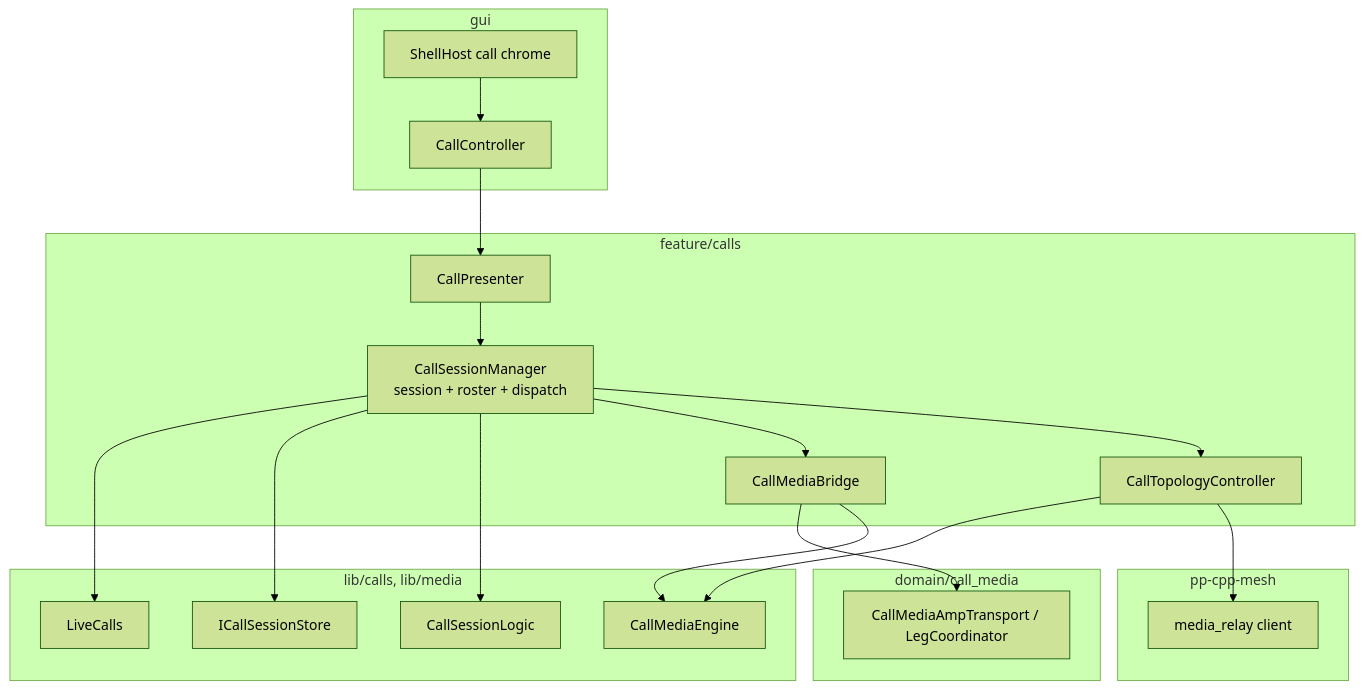
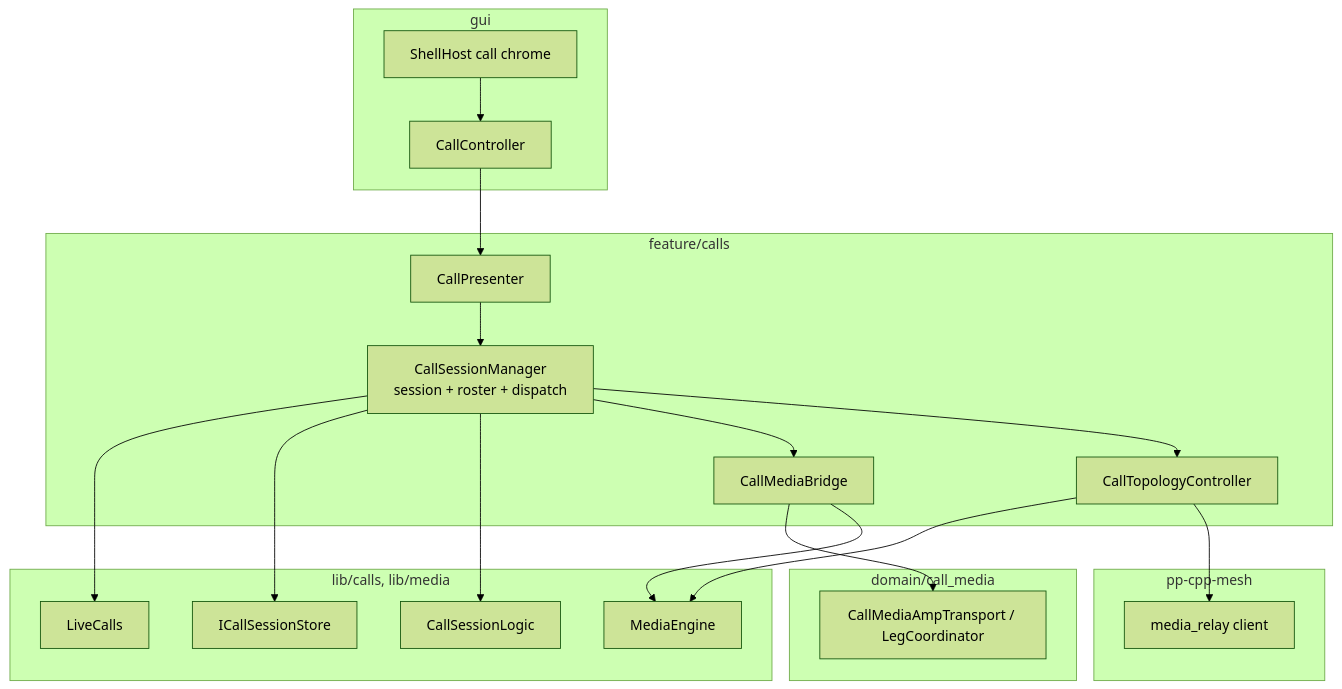
Before and after one commit to people-post/pp-browser: the second of 4 diagrams in docs/architecture/CALLS.md, drawn with Mermaid (forest theme). The commit also changed other lines of this file and 229 other files, not shown here.

````diff
--- a/docs/architecture/CALLS.md
+++ b/docs/architecture/CALLS.md
@@ -145,37 +145,37 @@
 ```mermaid
 flowchart TB
   subgraph gui [gui]
     CC[CallController]
     Shell[ShellHost call chrome]
   end
   subgraph feature [feature/calls]
     CP[CallPresenter]
     CSM[CallSessionManager<br/>session + roster + dispatch]
     L2P[CallMediaBridge]
     Topo[CallTopologyController]
   end
   subgraph domain [domain/call_media]
     Amp[CallMediaAmpTransport / LegCoordinator]
   end
   subgraph lib [lib/calls, lib/media]
     Live[LiveCalls]
     Store[ICallSessionStore]
     Logic[CallSessionLogic]
-    Eng[CallMediaEngine]
+    Eng[MediaEngine]
   end
   subgraph mesh [pp-cpp-mesh]
     MR[media_relay client]
   end
   Shell --> CC
   CC --> CP
   CP --> CSM
   CSM --> Live
   CSM --> Store
   CSM --> Logic
   CSM --> L2P
   CSM --> Topo
   L2P --> Amp
   L2P --> Eng
   Topo --> Eng
   Topo --> MR
 ```
````
